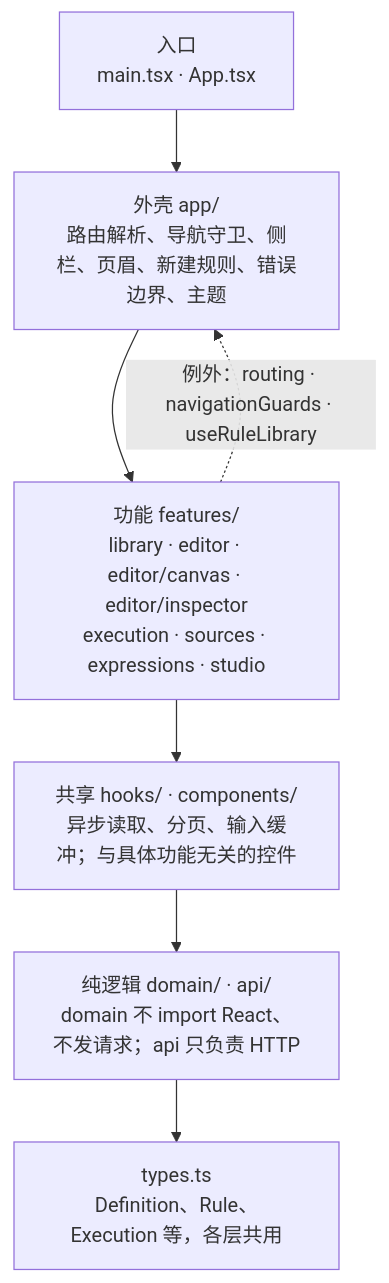
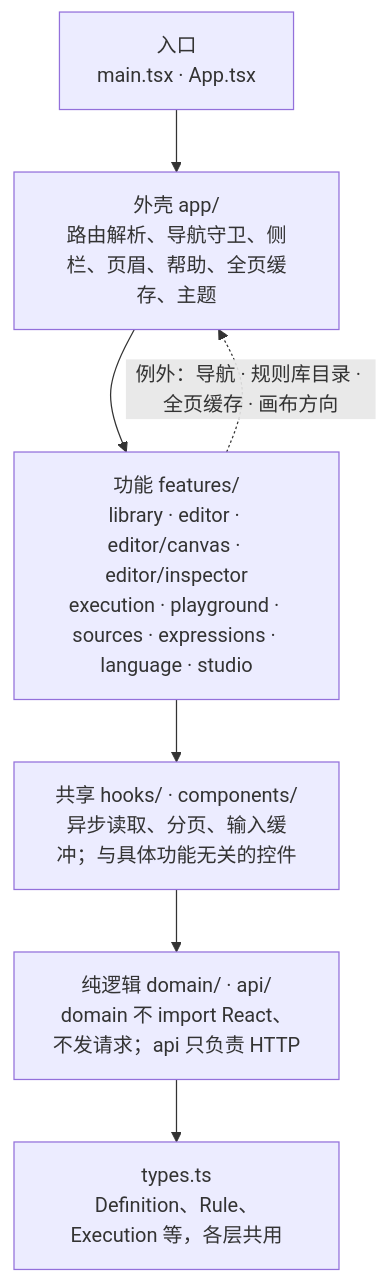
One commit to SoooEZ/arc changed the second of 3 diagrams in docs/frontend-guide.md. Above: the diagram before and after it, drawn with Mermaid. The commit also changed other lines of this file and 187 other files, not shown here.

````diff
--- a/docs/frontend-guide.md
+++ b/docs/frontend-guide.md
@@ -35,11 +35,11 @@
 ```mermaid
 flowchart TB
   entry["入口<br/>main.tsx · App.tsx"]
-  app["外壳 app/<br/>路由解析、导航守卫、侧栏、页眉、新建规则、错误边界、主题"]
-  features["功能 features/<br/>library · editor · editor/canvas · editor/inspector<br/>execution · sources · expressions · studio"]
+  app["外壳 app/<br/>路由解析、导航守卫、侧栏、页眉、帮助、全页缓存、主题"]
+  features["功能 features/<br/>library · editor · editor/canvas · editor/inspector<br/>execution · playground · sources · expressions · language · studio"]
   shared["共享 hooks/ · components/<br/>异步读取、分页、输入缓冲；与具体功能无关的控件"]
   pure["纯逻辑 domain/ · api/<br/>domain 不 import React、不发请求；api 只负责 HTTP"]
   types["types.ts<br/>Definition、Rule、Execution 等，各层共用"]
   entry --> app --> features --> shared --> pure --> types
-  features -.->|"例外：routing · navigationGuards · useRuleLibrary"| app
+  features -.->|"例外：导航 · 规则库目录 · 全页缓存 · 画布方向"| app
 ```
````
